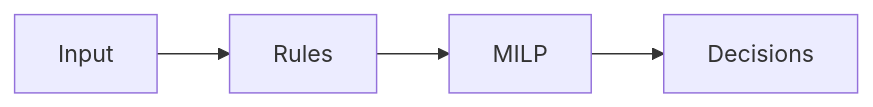
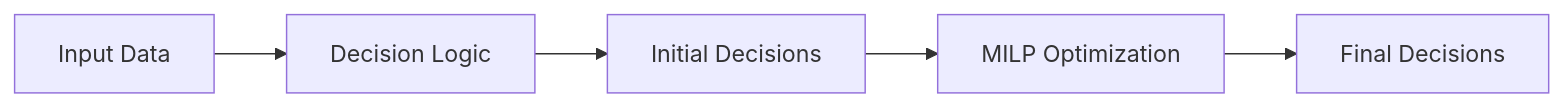
One commit to manuelpeba/football-decision-engine changed the first of 2 diagrams in README.md. Above: the diagram before and after it, drawn with Mermaid. The commit also changed other lines of this file, not shown here.

First line of the commit message:
docs(readme): elevate README to decision intelligence system (final version)

````diff
--- a/README.md
+++ b/README.md
@@ -62,6 +146,7 @@
-``` mermaid
+```mermaid
 flowchart LR
-    A[Input] --> B[Rules]
-    B --> C[MILP]
-    C --> D[Decisions]
+    A[Input Data] --> B[Decision Logic]
+    B --> C[Initial Decisions]
+    C --> D[MILP Optimization]
+    D --> E[Final Decisions]
 ```
````
